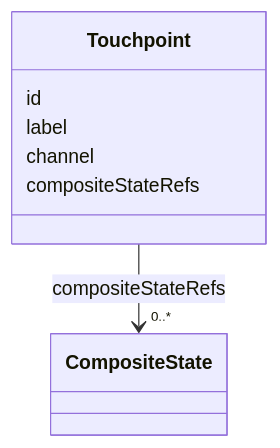
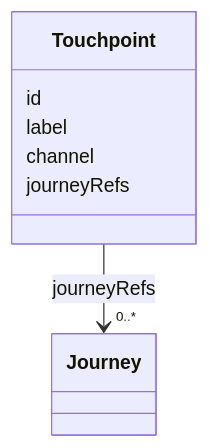
The first of 4 diagrams in specs/ed/surface/index.md (openuji/spec-ujg), drawn with Mermaid before and after one commit. The commit also changed other lines of this file and 44 other files, not shown here.

````diff
--- a/specs/ed/surface/index.md
+++ b/specs/ed/surface/index.md
@@ -43,11 +43,11 @@
 ```mermaid
 classDiagram
   class Touchpoint {
     id
     label
     channel
-    compositeStateRefs
+    journeyRefs
   }
-  class CompositeState
-  Touchpoint --> "0..*" CompositeState : compositeStateRefs
+  class Journey
+  Touchpoint --> "0..*" Journey : journeyRefs
 ```
````
